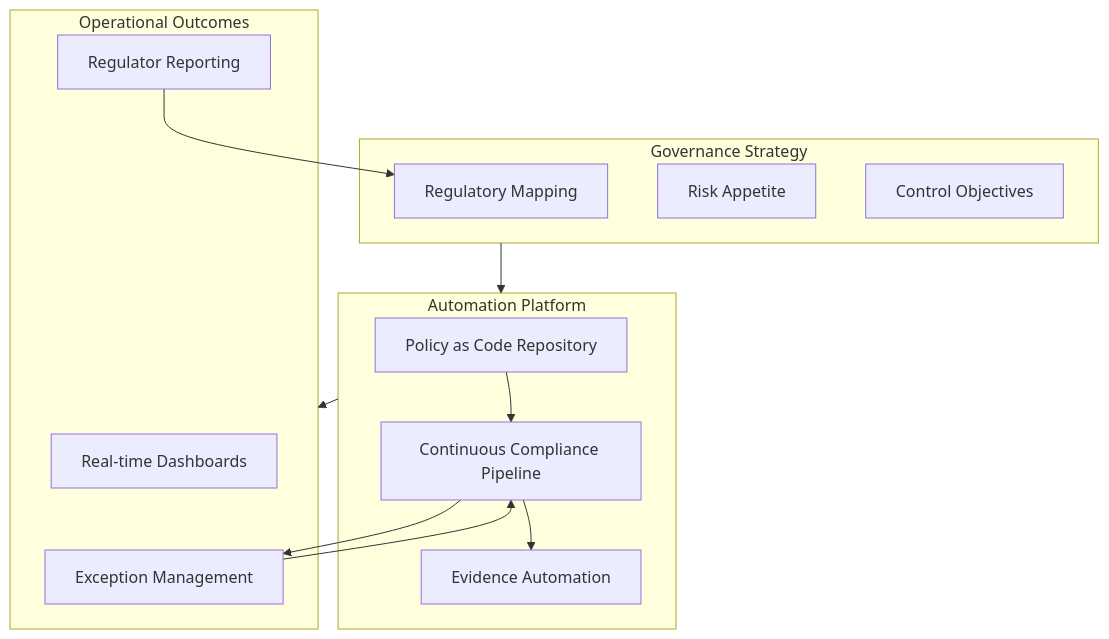
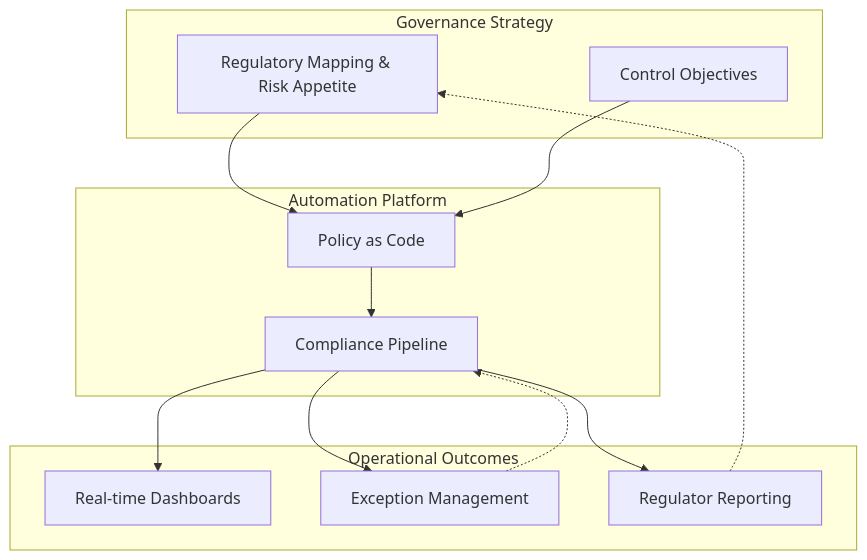
One commit to Geonitab/architecture_as_code changed the diagram in docs/images/diagram_12_policy_governance.mmd. Above: the diagram before and after it, drawn with Mermaid. The commit also changed 10 other files, not shown here.

First line of the commit message:
Simplify complex diagrams to improve readability

```diff
--- a/docs/images/diagram_12_policy_governance.mmd
+++ b/docs/images/diagram_12_policy_governance.mmd
@@ -1,24 +1,23 @@
 %% Diagram: Policy-Driven Compliance Control Tower
 flowchart TD
     subgraph Strategy[Governance Strategy]
-        S1[Regulatory Mapping]:::kv-primary
-        S2[Risk Appetite]:::kv-accent
-        S3[Control Objectives]:::kv-accent
+        S1[Regulatory Mapping & Risk Appetite]:::kv-primary
+        S2[Control Objectives]:::kv-accent
     end
     subgraph Automation[Automation Platform]
-        A1[Policy as Code Repository]:::kv-highlight
-        A2[Continuous Compliance Pipeline]:::kv-accent
-        A3[Evidence Automation]:::kv-highlight
+        A1[Policy as Code]:::kv-highlight
+        A2[Compliance Pipeline]:::kv-accent
     end
     subgraph Operations[Operational Outcomes]
         O1[Real-time Dashboards]:::kv-primary
         O2[Exception Management]:::kv-pattern
         O3[Regulator Reporting]:::kv-muted
     end
-    Strategy --> Automation
-    Automation --> Operations
-    O2 --> A2
+    S1 --> A1
+    S2 --> A1
+    A1 --> A2
+    A2 --> O1
     A2 --> O2
-    O3 --> S1
-    A1 --> A2
-    A2 --> A3
+    A2 --> O3
+    O2 -.-> A2
+    O3 -.-> S1
```
